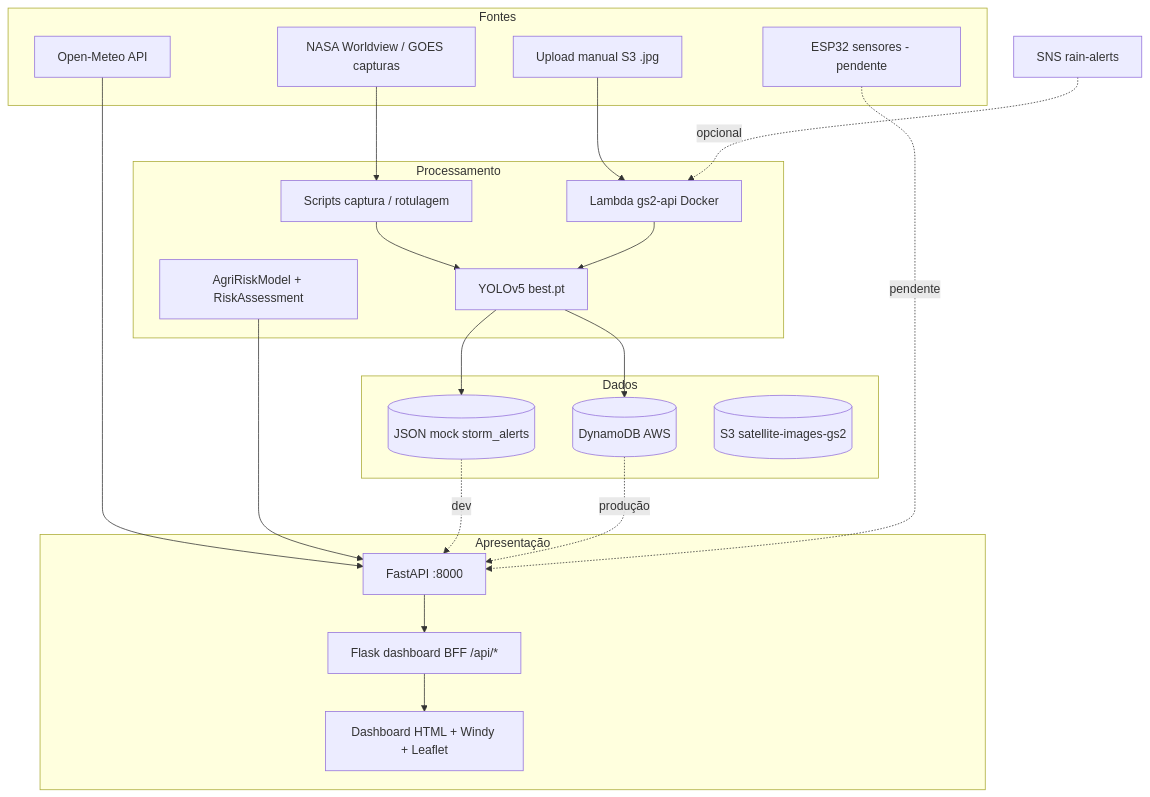
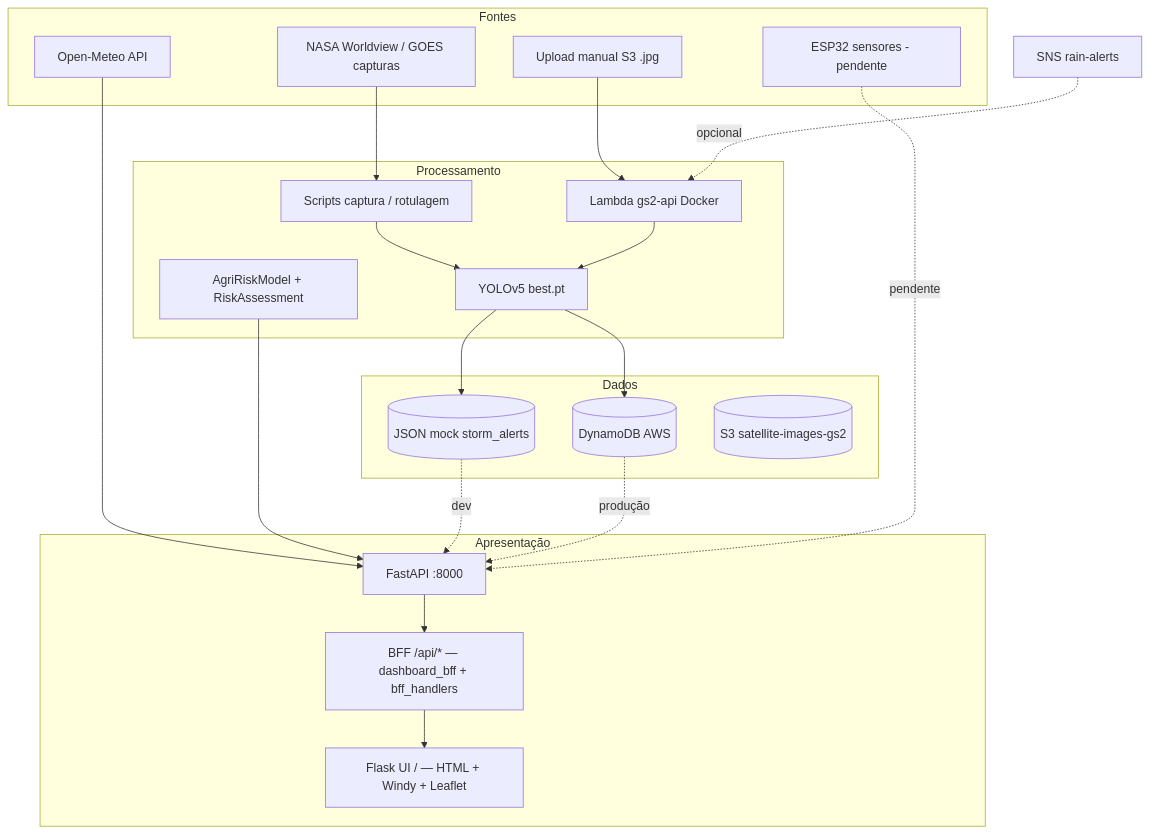
The diagram in docs/RPI.md (Grupo-S-faculdade-FIAP/global-solution-2s), drawn with Mermaid before and after one commit. The commit also changed other lines of this file and 13 other files, not shown here.

````diff
--- a/docs/RPI.md
+++ b/docs/RPI.md
@@ -87,40 +87,41 @@
 ```mermaid
 flowchart TB
     subgraph Fontes
         NASA[NASA Worldview / GOES capturas]
         OM[Open-Meteo API]
         S3Up[Upload manual S3 .jpg]
         ESP[ESP32 sensores - pendente]
     end
 
     subgraph Processamento
         CAP[Scripts captura / rotulagem]
         YOLO[YOLOv5 best.pt]
         ML[AgriRiskModel + RiskAssessment]
         LAM[Lambda gs2-api Docker]
     end
 
     subgraph Dados
         MOCK[(JSON mock storm_alerts)]
         DDB[(DynamoDB AWS)]
         S3[(S3 satellite-images-gs2)]
     end
 
     subgraph Apresentação
         API[FastAPI :8000]
-        BFF[Flask dashboard BFF /api/*]
-        UI[Dashboard HTML + Windy + Leaflet]
+        BFF[BFF /api/* — dashboard_bff + bff_handlers]
+        UI[Flask UI / — HTML + Windy + Leaflet]
     end
 
     NASA --> CAP --> YOLO
     S3Up --> LAM --> YOLO
     YOLO --> DDB
     YOLO --> MOCK
     OM --> API
     ML --> API
-    API --> BFF --> UI
+    API --> BFF
+    BFF --> UI
     MOCK -. dev .-> API
     DDB -. produção .-> API
     ESP -. pendente .-> API
     SNS[SNS rain-alerts] -. opcional .-> LAM
 ```
````
